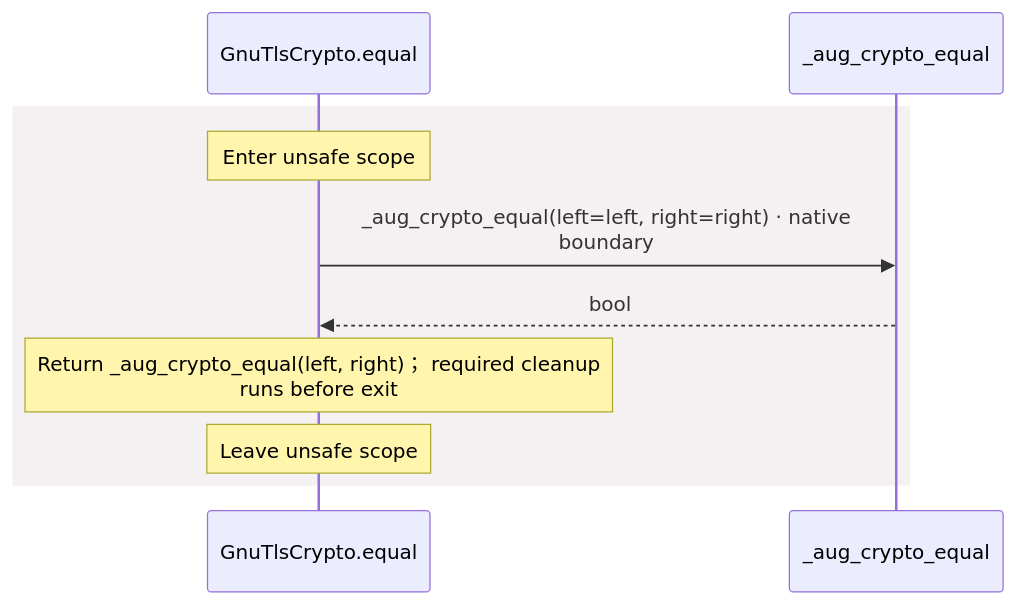
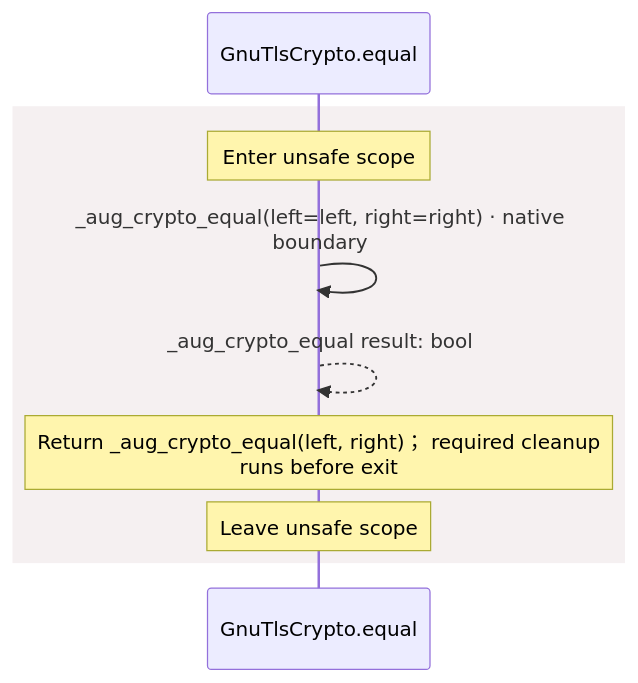
One commit to GreenPandaStudios/augscript changed the tenth of 13 diagrams in docs/examples/oidc-login/dependencies/packages/@git/url_9ef654c66d34ab8f5527/0.0.0-git.b14a0f9aa41f1ce58bd51133bcdc424033e40d40/contracts-diagrams.md. Above: the diagram before and after it, drawn with Mermaid. The commit also changed other lines of this file and 304 other files, not shown here.

Commit message:
Make generated data-flow sequences concise and review every diagram

````diff
--- a/docs/examples/oidc-login/dependencies/packages/@git/url_9ef654c66d34ab8f5527/0.0.0-git.b14a0f9aa41f1ce58bd51133bcdc424033e40d40/contracts-diagrams.md
+++ b/docs/examples/oidc-login/dependencies/packages/@git/url_9ef654c66d34ab8f5527/0.0.0-git.b14a0f9aa41f1ce58bd51133bcdc424033e40d40/contracts-diagrams.md
@@ -431,12 +394,12 @@
 ```mermaid
 sequenceDiagram
     participant p0 as GnuTlsCrypto.equal
-    participant p1 as _aug_crypto_equal
+
     rect rgb(245, 240, 241)
     Note over p0: Enter unsafe scope
-    p0->>p1: _aug_crypto_equal(left=left, right=right) · native<br/>boundary
-    p1-->>p0: bool
+    p0->>p0: _aug_crypto_equal(left=left, right=right) · native<br/>boundary
+    p0-->>p0: _aug_crypto_equal result: bool
     Note over p0: Return _aug_crypto_equal(left, right)； required cleanup<br/>runs before exit
     Note over p0: Leave unsafe scope
     end
 ```
````
